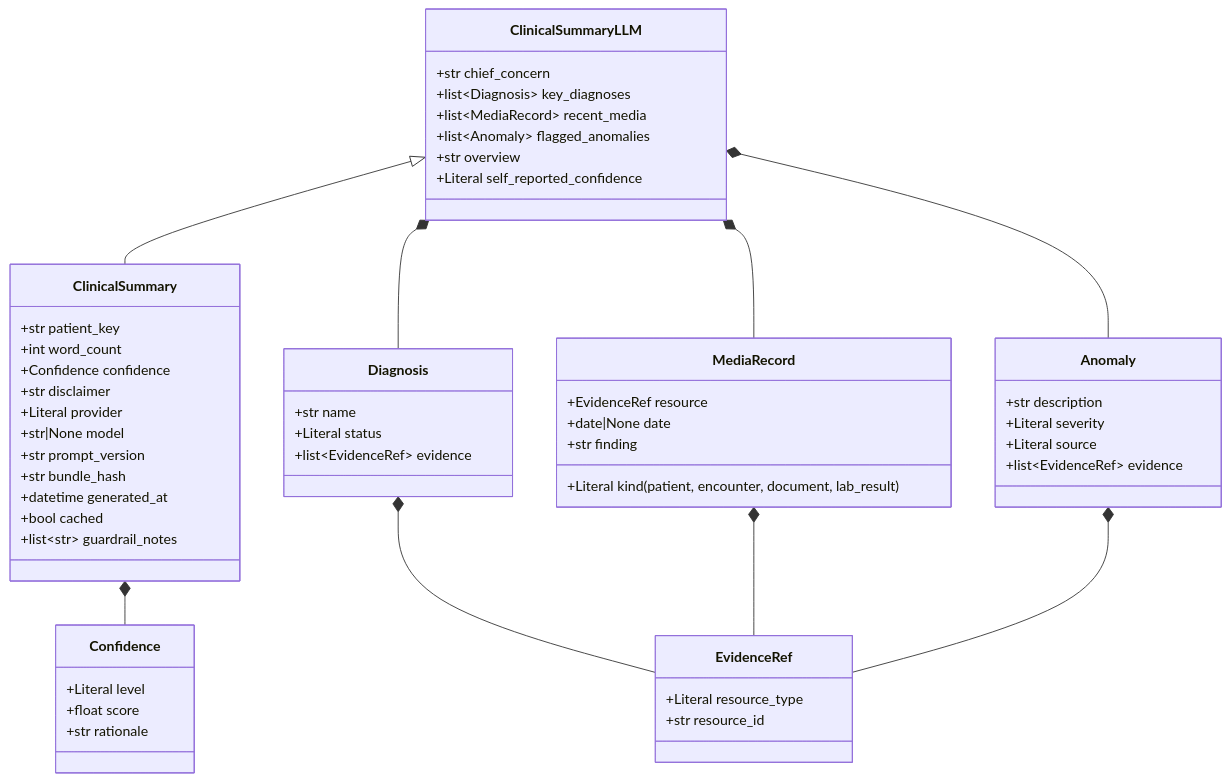
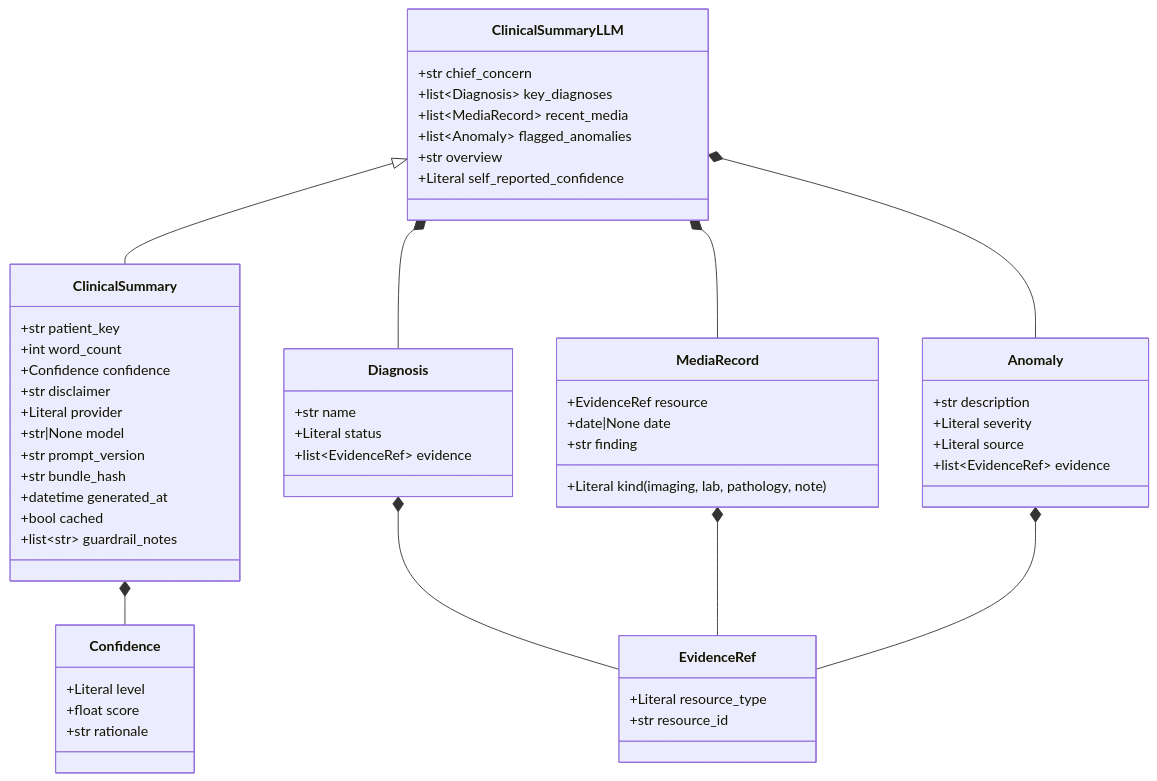
Before and after one commit to RasAbrish/ehr-media-intelligence: the fifth of 5 diagrams in docs/03-DATA-MODEL.md, drawn with Mermaid. The commit also changed 18 other files, not shown here.

````diff
--- a/docs/03-DATA-MODEL.md
+++ b/docs/03-DATA-MODEL.md
@@ -563,58 +563,58 @@
 ```mermaid
 classDiagram
     class ClinicalSummaryLLM {
         +str chief_concern
         +list~Diagnosis~ key_diagnoses
         +list~MediaRecord~ recent_media
         +list~Anomaly~ flagged_anomalies
         +str overview
         +Literal self_reported_confidence
     }
     class ClinicalSummary {
         +str patient_key
         +int word_count
         +Confidence confidence
         +str disclaimer
         +Literal provider
         +str|None model
         +str prompt_version
         +str bundle_hash
         +datetime generated_at
         +bool cached
         +list~str~ guardrail_notes
     }
     class Diagnosis {
         +str name
         +Literal status
         +list~EvidenceRef~ evidence
     }
     class MediaRecord {
         +EvidenceRef resource
-        +Literal kind (patient, encounter, document, lab_result)
+        +Literal kind (imaging, lab, pathology, note)
         +date|None date
         +str finding
     }
     class Anomaly {
         +str description
         +Literal severity
         +Literal source
         +list~EvidenceRef~ evidence
     }
     class Confidence {
         +Literal level
         +float score
         +str rationale
     }
     class EvidenceRef {
         +Literal resource_type
         +str resource_id
     }
     ClinicalSummaryLLM <|-- ClinicalSummary
     ClinicalSummaryLLM *-- Diagnosis
     ClinicalSummaryLLM *-- MediaRecord
     ClinicalSummaryLLM *-- Anomaly
     ClinicalSummary *-- Confidence
     Diagnosis *-- EvidenceRef
     MediaRecord *-- EvidenceRef
     Anomaly *-- EvidenceRef
 ```
````
